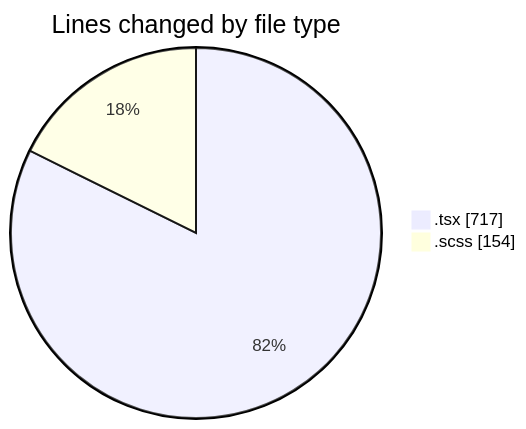
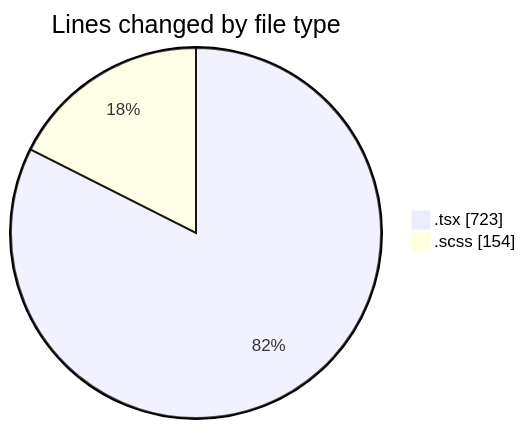
The first of 2 diagrams in 2025-10-01/cda/README.md (momahboobian/code-tracking), drawn with Mermaid before and after one commit. The commit also changed other lines of this file and 1 other file, not shown here.

````diff
--- a/2025-10-01/cda/README.md
+++ b/2025-10-01/cda/README.md
@@ -23,6 +23,6 @@
 ```mermaid
 pie showData
 title Lines changed by file type
-".tsx" : 717
+".tsx" : 723
 ".scss" : 154
 ```
````
